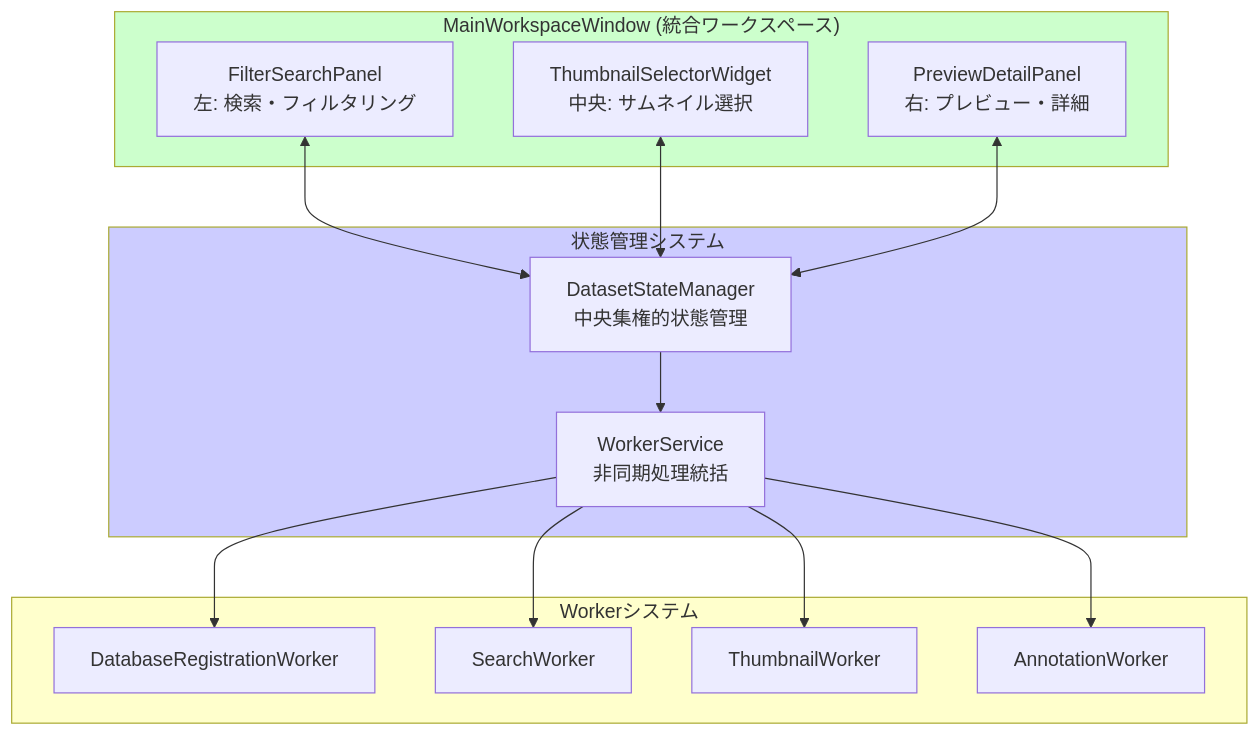
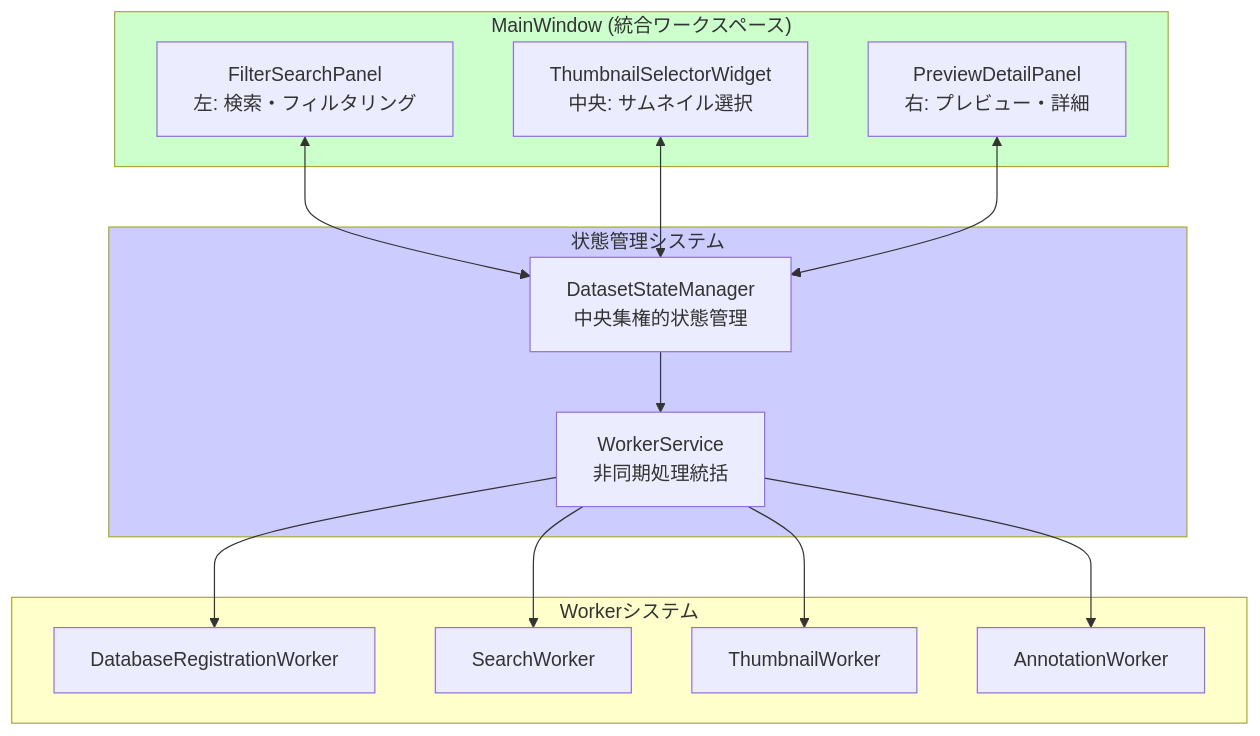
The second of 2 diagrams in docs/migration/gui_redesign_before_after_analysis.md (NEXTAltair/LoRAIro), drawn with Mermaid before and after one commit. The commit also changed 1 other file, not shown here.

Commit message:
あ

````diff
--- a/docs/migration/gui_redesign_before_after_analysis.md
+++ b/docs/migration/gui_redesign_before_after_analysis.md
@@ -77,33 +77,33 @@
 ```mermaid
 graph TB
-    subgraph MainWorkspaceWindow ["MainWorkspaceWindow (統合ワークスペース)"]
+    subgraph MainWindow ["MainWindow (統合ワークスペース)"]
         FilterPanel[FilterSearchPanel<br/>左: 検索・フィルタリング]
         ThumbnailPanel[ThumbnailSelectorWidget<br/>中央: サムネイル選択]
         DetailPanel[PreviewDetailPanel<br/>右: プレビュー・詳細]
     end
     
     subgraph StateManagement ["状態管理システム"]
         DatasetState[DatasetStateManager<br/>中央集権的状態管理]
         WorkerService[WorkerService<br/>非同期処理統括]
     end
     
     subgraph Workers ["Workerシステム"]
         DatabaseWorker[DatabaseRegistrationWorker]
         SearchWorker[SearchWorker]
         ThumbnailWorker[ThumbnailWorker]
         AnnotationWorker[AnnotationWorker]
     end
     
     FilterPanel <--> DatasetState
     ThumbnailPanel <--> DatasetState
     DetailPanel <--> DatasetState
     DatasetState --> WorkerService
     WorkerService --> DatabaseWorker
     WorkerService --> SearchWorker
     WorkerService --> ThumbnailWorker
     WorkerService --> AnnotationWorker
     
-    style MainWorkspaceWindow fill:#ccffcc
+    style MainWindow fill:#ccffcc
     style StateManagement fill:#ccccff
     style Workers fill:#ffffcc
 ```
````
